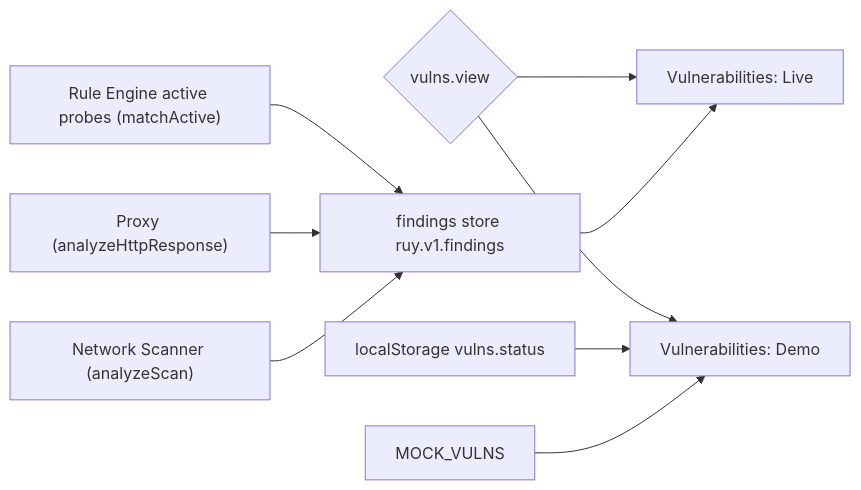
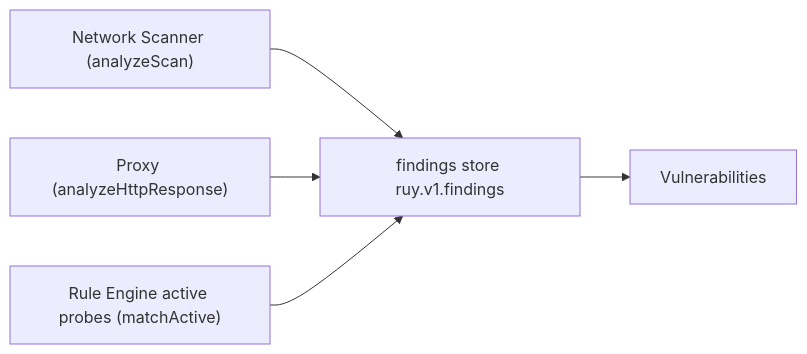
One commit to AlatBekam/Interu changed the diagram in docs/033_vulnerabilities.md. Above: the diagram before and after it, drawn with Mermaid. The commit also changed other lines of this file and 23 other files, not shown here.

````diff
--- a/docs/033_vulnerabilities.md
+++ b/docs/033_vulnerabilities.md
@@ -22,11 +21,7 @@
 ```mermaid
 flowchart LR
   SC["Network Scanner (analyzeScan)"] --> ST["findings store ruy.v1.findings"]
   PX["Proxy (analyzeHttpResponse)"] --> ST
   AC["Rule Engine active probes (matchActive)"] --> ST
-  ST --> LIVE["Vulnerabilities: Live"]
-  MV["MOCK_VULNS"] --> DEMO["Vulnerabilities: Demo"]
-  OV["localStorage vulns.status"] --> DEMO
-  TG{"vulns.view"} --> LIVE
-  TG --> DEMO
+  ST --> LIVE["Vulnerabilities"]
 ```
````
